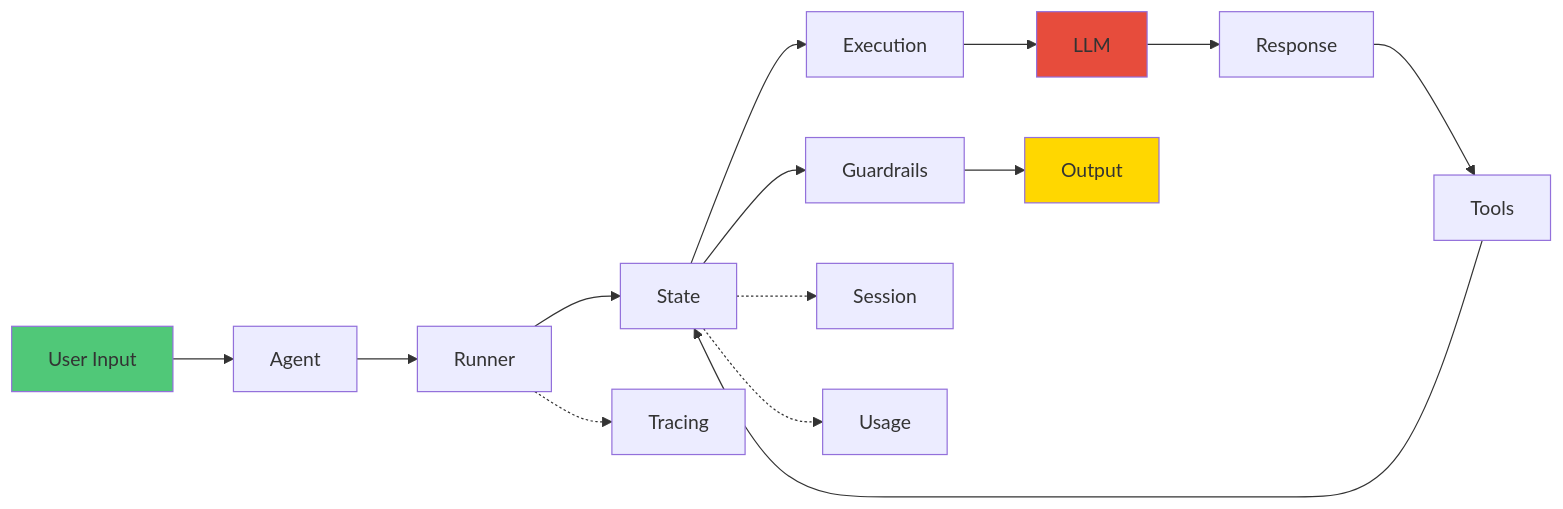
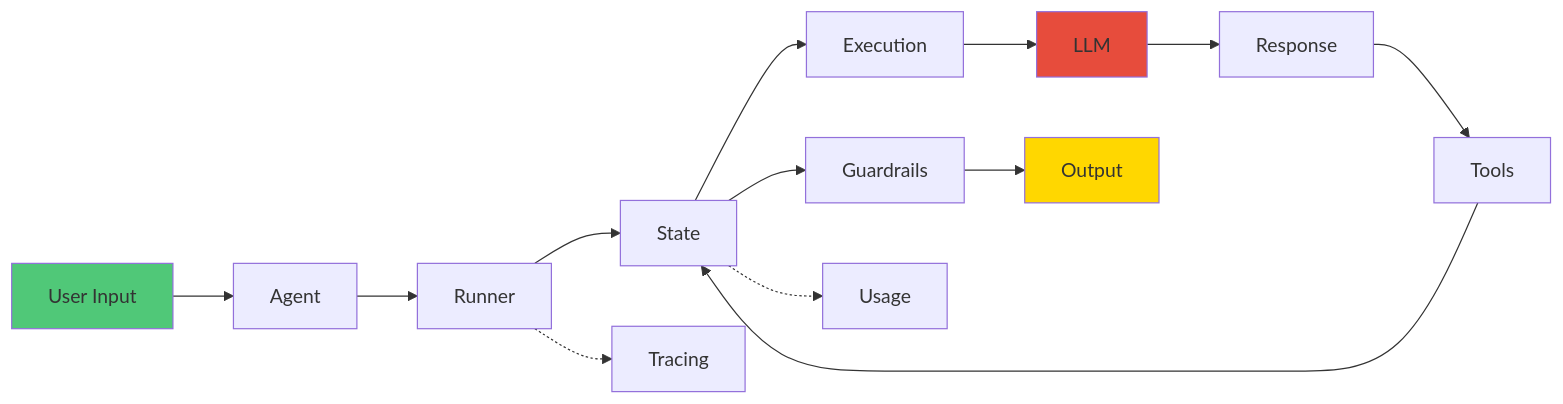
Before and after one commit to tawk/tawk-agents-sdk: diagram 13 of 13 in docs/reference/COMPLETE_ARCHITECTURE.md, drawn with Mermaid. The commit also changed other lines of this file and 20 other files, not shown here.

````diff
--- a/docs/reference/COMPLETE_ARCHITECTURE.md
+++ b/docs/reference/COMPLETE_ARCHITECTURE.md
@@ -862,21 +748,20 @@
 ```mermaid
 graph LR
     Input[User Input] --> Agent
     Agent --> Runner
     Runner --> State
     State --> Execution
     Execution --> LLM
     LLM --> Response
     Response --> Tools
     Tools --> State
     State --> Guardrails
     Guardrails --> Output
     
-    State -.-> Session
     State -.-> Usage
     Runner -.-> Tracing
     
     style Input fill:#50c878
     style Output fill:#ffd700
     style LLM fill:#e74c3c
 ```
````
